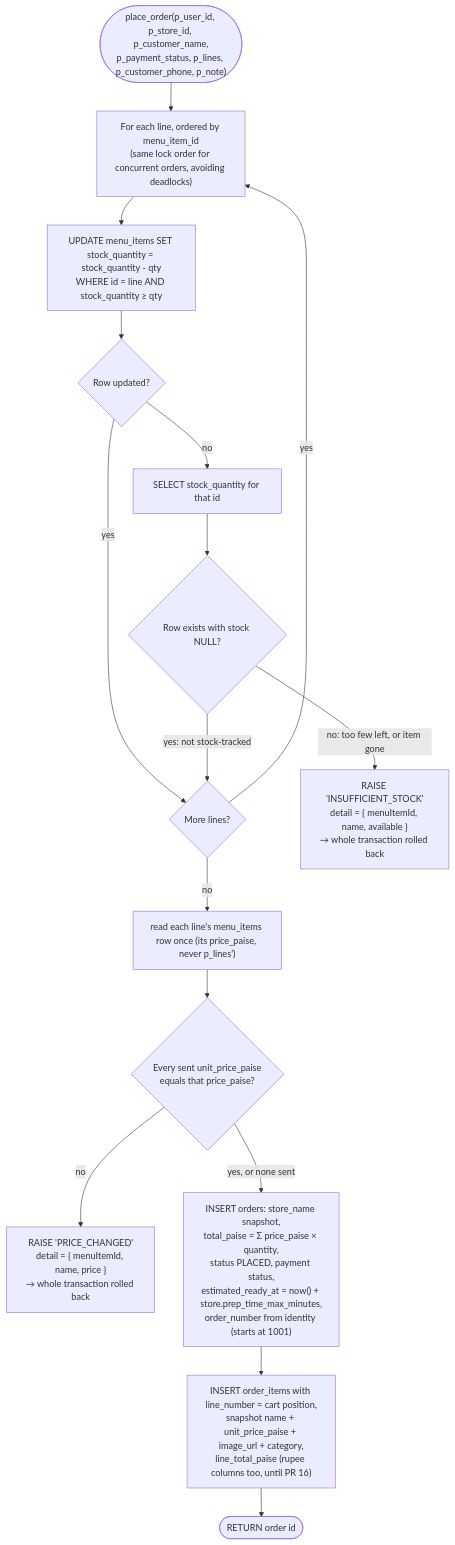
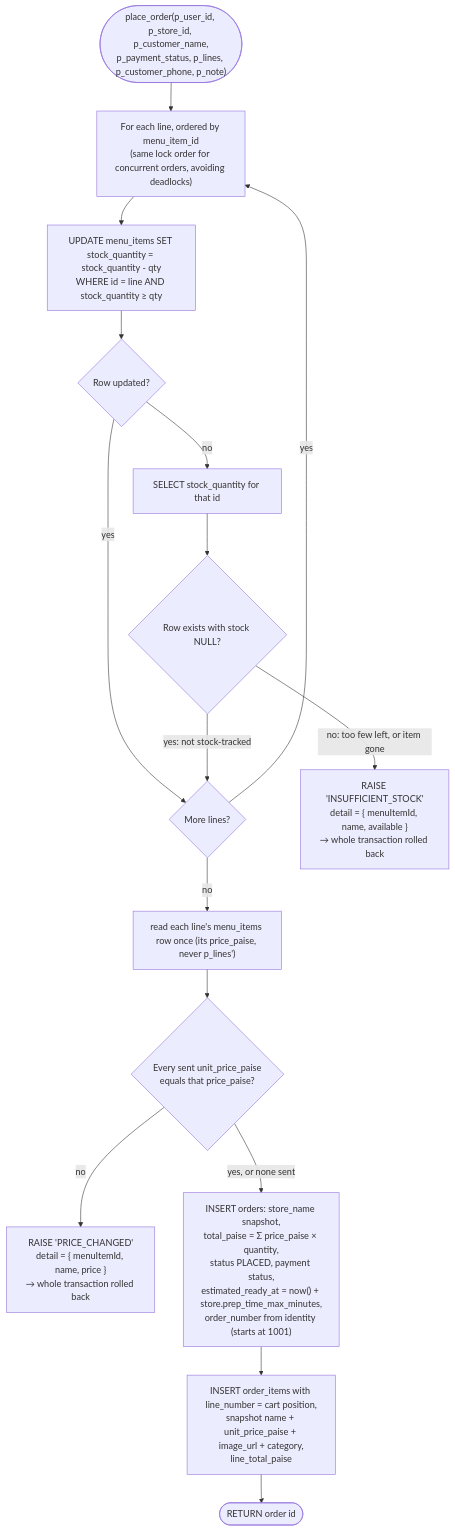
One commit to The-KhaNha/KhaNha changed diagram 13 of 28 in docs/ARCHITECTURE.md. Above: the diagram before and after it, drawn with Mermaid. The commit also changed other lines of this file and 16 other files, not shown here.

````diff
--- a/docs/ARCHITECTURE.md
+++ b/docs/ARCHITECTURE.md
@@ -571,18 +571,18 @@
 ```mermaid
 flowchart TD
   Start(["place_order(p_user_id, p_store_id, p_customer_name,<br/>p_payment_status, p_lines, p_customer_phone, p_note)"]) --> Loop["For each line, ordered by menu_item_id<br/>(same lock order for concurrent orders, avoiding deadlocks)"]
   Loop --> Dec["UPDATE menu_items SET stock_quantity = stock_quantity - qty<br/>WHERE id = line AND stock_quantity ≥ qty"]
   Dec --> Found{"Row updated?"}
   Found -->|"yes"| Next{"More lines?"}
   Found -->|"no"| Look["SELECT stock_quantity for that id"]
   Look --> Why{"Row exists with stock NULL?"}
   Why -->|"yes: not stock-tracked"| Next
   Why -->|"no: too few left, or item gone"| Raise["RAISE 'INSUFFICIENT_STOCK'<br/>detail = { menuItemId, name, available }<br/>→ whole transaction rolled back"]
   Next -->|"yes"| Loop
   Next -->|"no"| Read["read each line's menu_items row once (its price_paise, never p_lines')"]
   Read --> Same{"Every sent unit_price_paise<br/>equals that price_paise?"}
   Same -->|"no"| RaisePrice["RAISE 'PRICE_CHANGED'<br/>detail = { menuItemId, name, price }<br/>→ whole transaction rolled back"]
   Same -->|"yes, or none sent"| InsOrder["INSERT orders: store_name snapshot,<br/>total_paise = Σ price_paise × quantity,<br/>status PLACED, payment status,<br/>estimated_ready_at = now() + store.prep_time_max_minutes,<br/>order_number from identity (starts at 1001)"]
-  InsOrder --> InsItems["INSERT order_items with line_number = cart position,<br/>snapshot name + unit_price_paise + image_url + category,<br/>line_total_paise (rupee columns too, until PR 16)"]
+  InsOrder --> InsItems["INSERT order_items with line_number = cart position,<br/>snapshot name + unit_price_paise + image_url + category,<br/>line_total_paise"]
   InsItems --> Ret(["RETURN order id"])
 ```
````
